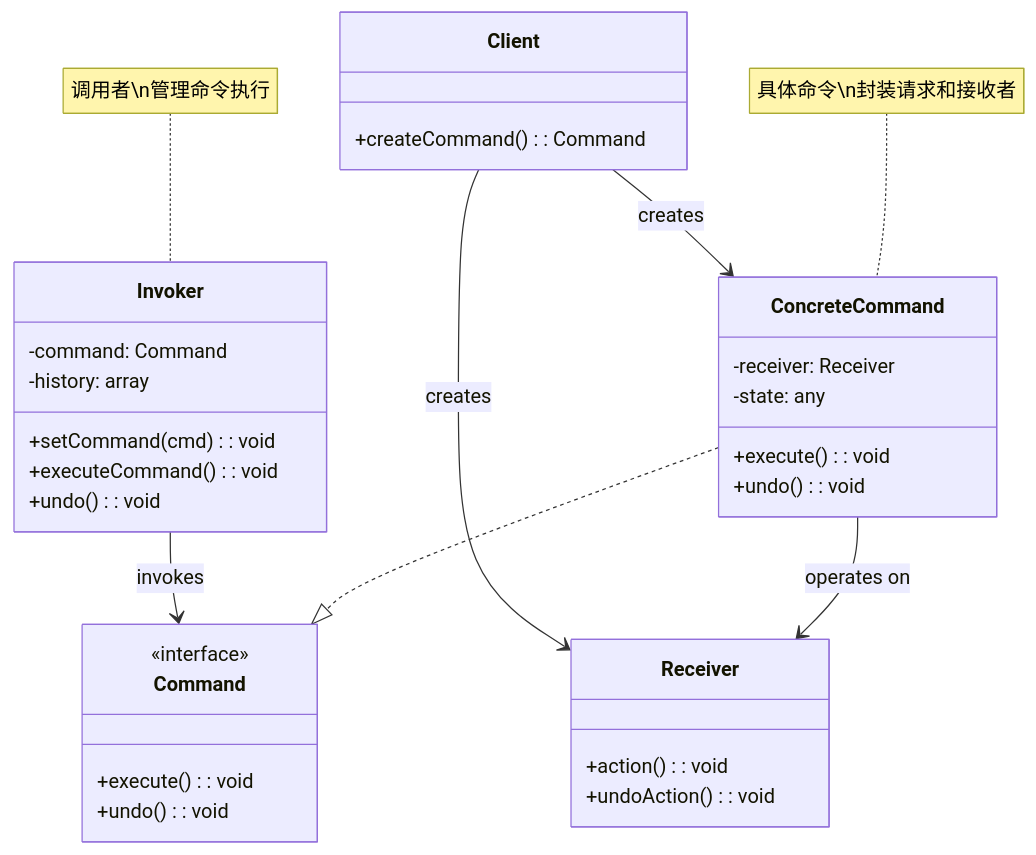
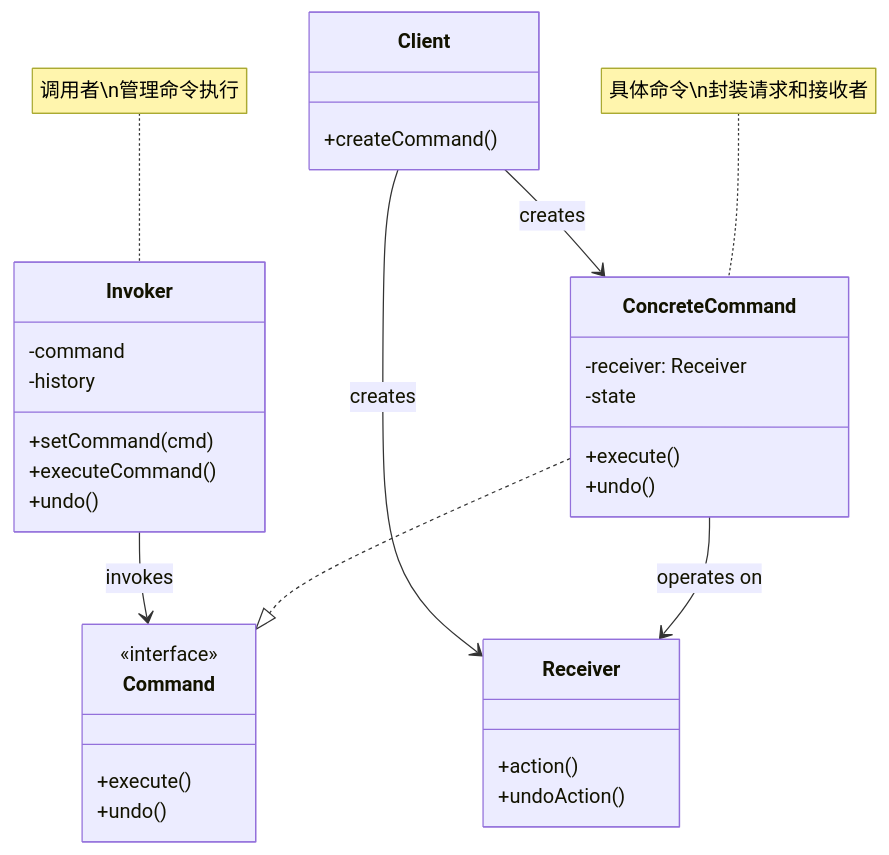
Before and after one commit to fanly/DesignPattern: the first of 5 diagrams in resources/design-patterns/laravel/behavioral/command_zh.md, drawn with Mermaid. The commit also changed other lines of this file and 103 other files, not shown here.

````diff
--- a/resources/design-patterns/laravel/behavioral/command_zh.md
+++ b/resources/design-patterns/laravel/behavioral/command_zh.md
@@ -10,41 +10,41 @@
 ```mermaid
 classDiagram
     class Command {
         <<interface>>
-        +execute(): void
-        +undo(): void
+        +execute()
+        +undo()
     }
     
     class ConcreteCommand {
         -receiver: Receiver
-        -state: any
-        +execute(): void
-        +undo(): void
+        -state
+        +execute()
+        +undo()
     }
     
     class Receiver {
-        +action(): void
-        +undoAction(): void
+        +action()
+        +undoAction()
     }
     
     class Invoker {
-        -command: Command
-        -history: array
-        +setCommand(cmd): void
-        +executeCommand(): void
-        +undo(): void
+        -command
+        -history
+        +setCommand(cmd)
+        +executeCommand()
+        +undo()
     }
     
     class Client {
-        +createCommand(): Command
+        +createCommand()
     }
     
     ConcreteCommand ..|> Command
     ConcreteCommand --> Receiver : operates on
     Invoker --> Command : invokes
     Client --> ConcreteCommand : creates
     Client --> Receiver : creates
     
     note for ConcreteCommand "具体命令\n封装请求和接收者"
     note for Invoker "调用者\n管理命令执行"
 ```
````
